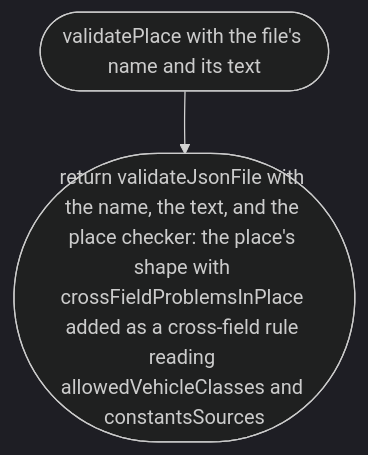
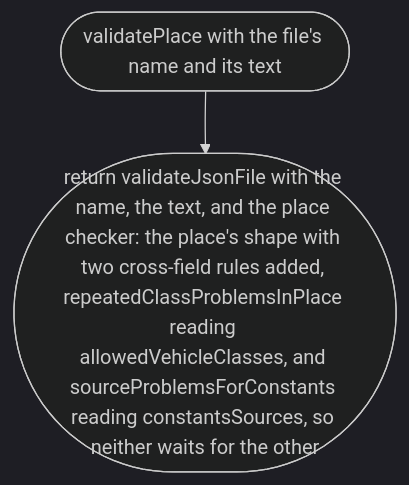
One commit to NewDara-Star/world-engine changed the fifth of 5 diagrams in docs/designs/src/place/place.md. Above: the diagram before and after it, drawn with Mermaid (dark theme). The commit also changed other lines of this file and 1 other file, not shown here.

First line of the commit message:
Scope 002b: draw the place's two cross-field rules separately

````diff
--- a/docs/designs/src/place/place.md
+++ b/docs/designs/src/place/place.md
@@ -74,6 +71,6 @@
 ```mermaid
 flowchart TD
   s(["validatePlace with the file's name and its text"])
-  a(["return validateJsonFile with the name, the text, and the place checker: the place's shape with crossFieldProblemsInPlace added as a cross-field rule reading allowedVehicleClasses and constantsSources"])
+  a(["return validateJsonFile with the name, the text, and the place checker: the place's shape with two cross-field rules added, repeatedClassProblemsInPlace reading allowedVehicleClasses, and sourceProblemsForConstants reading constantsSources, so neither waits for the other"])
   s --> a
 ```
````
